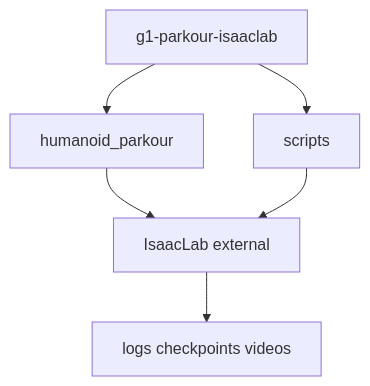
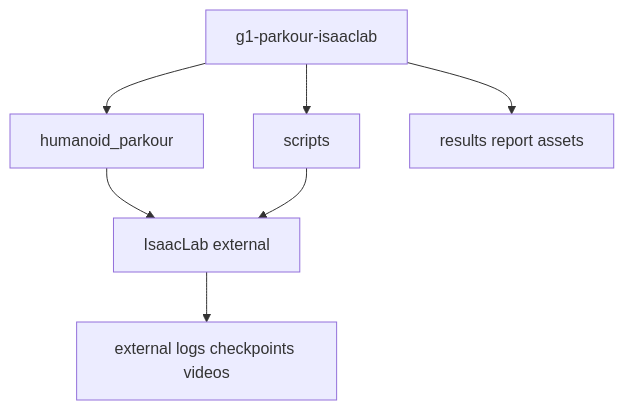
One commit to shenshan222/g1-parkour-isaaclab changed the diagram in docs/repo_structure.md. Above: the diagram before and after it, drawn with Mermaid. The commit also changed other lines of this file and 19 other files, not shown here.

````diff
--- a/docs/repo_structure.md
+++ b/docs/repo_structure.md
@@ -38,14 +63,16 @@
 ```mermaid
 flowchart TD
     repo[g1-parkour-isaaclab]
     pkg[humanoid_parkour]
     scripts[scripts]
     isaac[IsaacLab external]
-    out[logs checkpoints videos]
+    out[external logs checkpoints videos]
+    results[results report assets]
 
     repo --> pkg
     repo --> scripts
+    repo --> results
     pkg --> isaac
     scripts --> isaac
     isaac --> out
 ```
````
